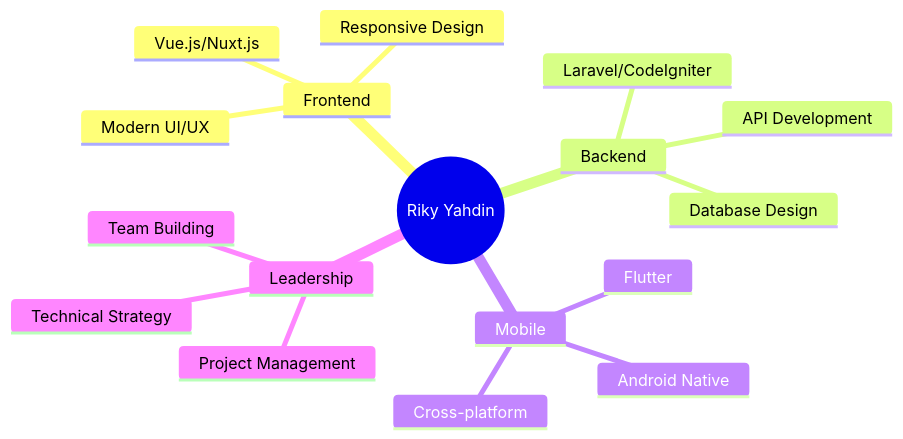
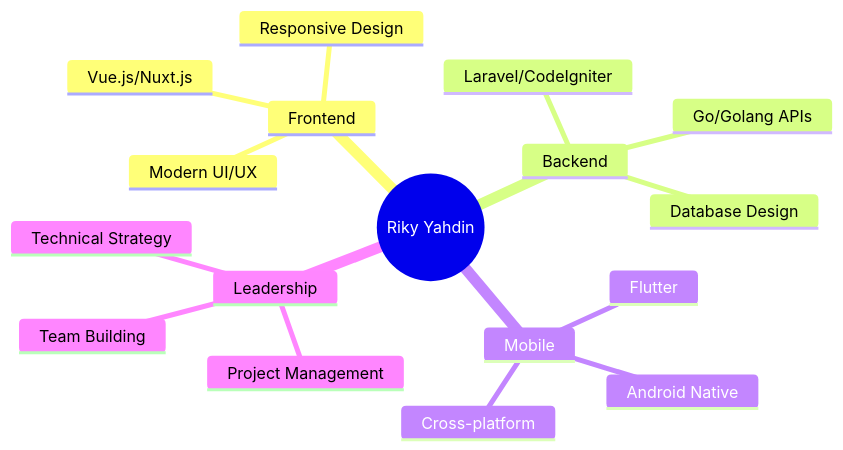
Before and after one commit to 3BCode/3BCode: the diagram in README.md, drawn with Mermaid. The commit also changed other lines of this file, not shown here.

````diff
--- a/README.md
+++ b/README.md
@@ -108,20 +109,20 @@
 ```mermaid
 mindmap
   root((Riky Yahdin))
     Frontend
       Vue.js/Nuxt.js
       Responsive Design
       Modern UI/UX
     Backend
       Laravel/CodeIgniter
-      API Development
+      Go/Golang APIs
       Database Design
     Mobile
       Flutter
       Android Native
       Cross-platform
     Leadership
       Project Management
       Team Building
       Technical Strategy
 ```
````
